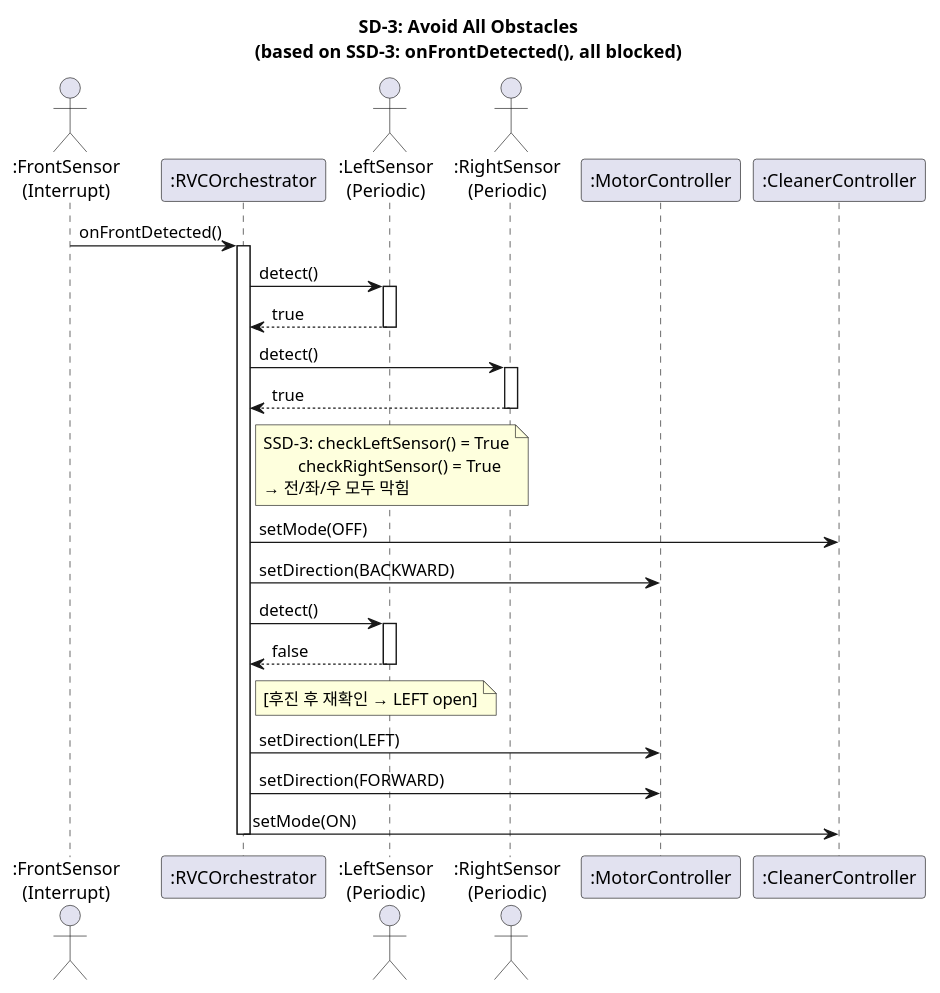
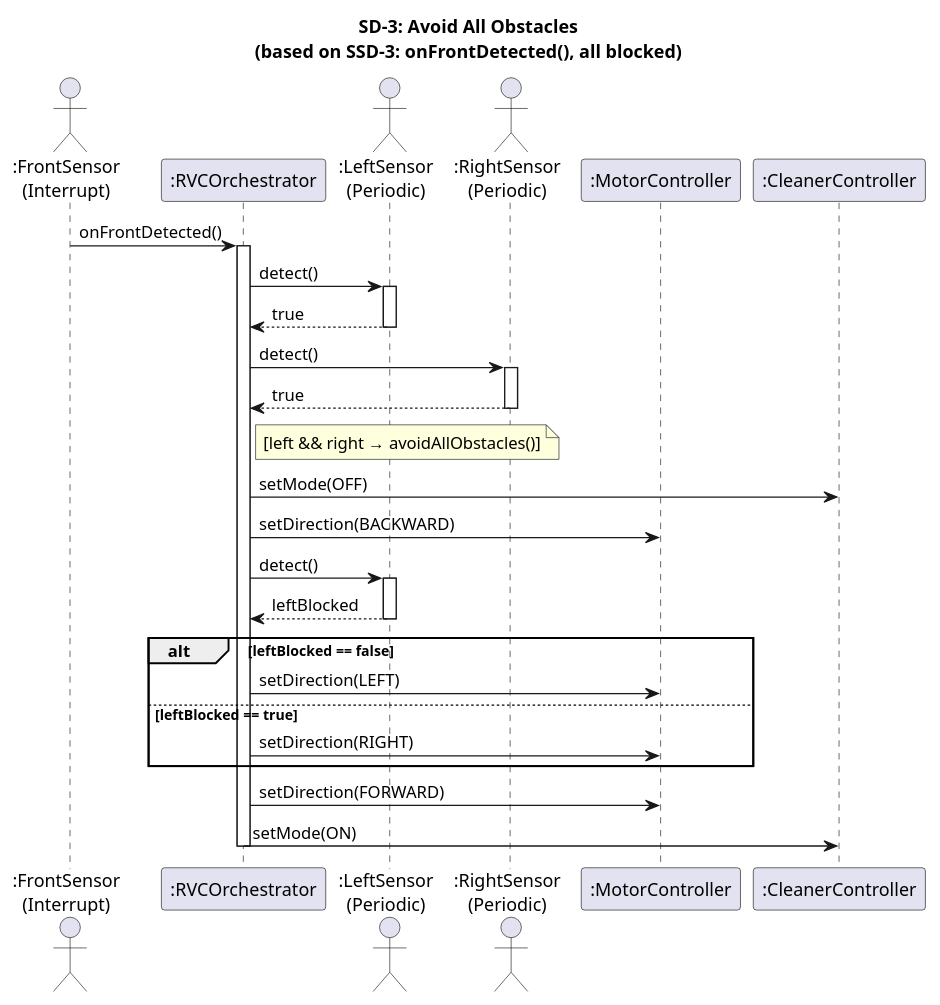
Before and after one commit to OOP-konkuk/CICD-Team7: the third of 4 diagrams in docs/vibe-coding/03-ood/sequence-diagrams.mdx, drawn with PlantUML. The commit also changed other lines of this file and 3 other files, not shown here.

````diff
--- a/docs/vibe-coding/03-ood/sequence-diagrams.mdx
+++ b/docs/vibe-coding/03-ood/sequence-diagrams.mdx
@@ -124,39 +128,38 @@
 ```plantuml
 @startuml SD3_AvoidAllObstacles
 title SD-3: Avoid All Obstacles\n(based on SSD-3: onFrontDetected(), all blocked)
 
 actor ":FrontSensor\n(Interrupt)" as FS
 participant ":RVCOrchestrator" as Orch
 actor ":LeftSensor\n(Periodic)" as LS
 actor ":RightSensor\n(Periodic)" as RS
 participant ":MotorController" as Motor
 participant ":CleanerController" as Cleaner
 
 FS -> Orch : onFrontDetected()
 activate Orch
 Orch -> LS : detect()
 activate LS
 LS --> Orch : true
 deactivate LS
 Orch -> RS : detect()
 activate RS
 RS --> Orch : true
 deactivate RS
-note right of Orch
-  SSD-3: checkLeftSensor() = True
-          checkRightSensor() = True
-  → 전/좌/우 모두 막힘
-end note
+note right of Orch : [left && right → avoidAllObstacles()]
 Orch -> Cleaner : setMode(OFF)
 Orch -> Motor : setDirection(BACKWARD)
 Orch -> LS : detect()
 activate LS
-LS --> Orch : false
+LS --> Orch : leftBlocked
 deactivate LS
-note right of Orch : [후진 후 재확인 → LEFT open]
-Orch -> Motor : setDirection(LEFT)
+alt leftBlocked == false
+  Orch -> Motor : setDirection(LEFT)
+else leftBlocked == true
+  Orch -> Motor : setDirection(RIGHT)
+end
 Orch -> Motor : setDirection(FORWARD)
 Orch -> Cleaner : setMode(ON)
 deactivate Orch
 @enduml
 ```
````
